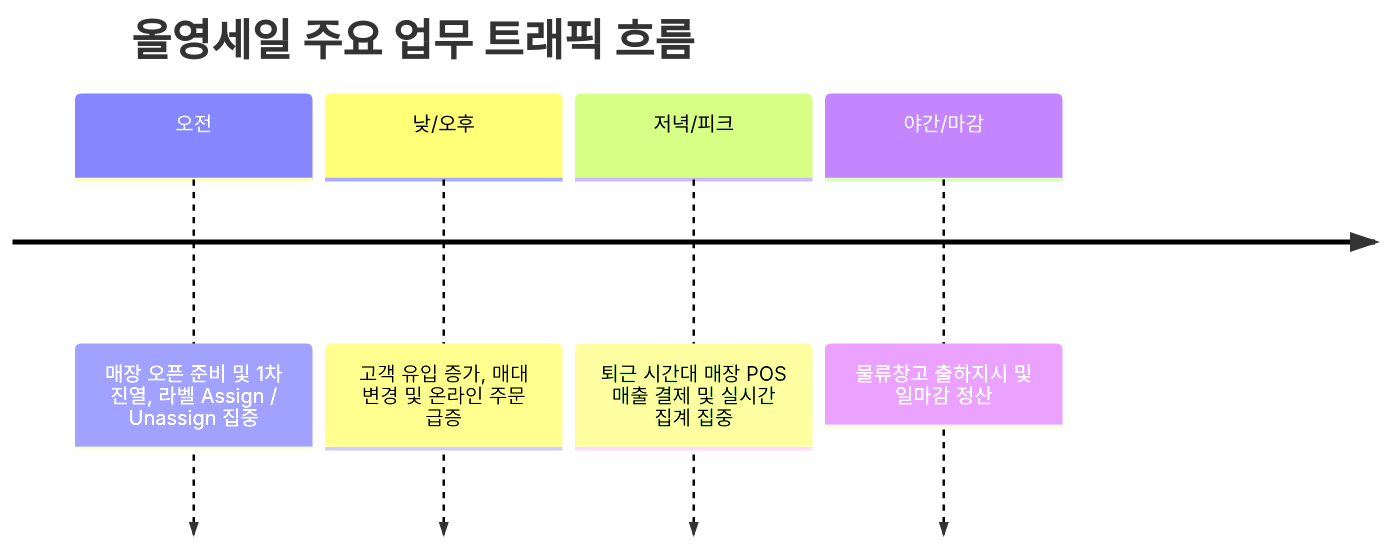
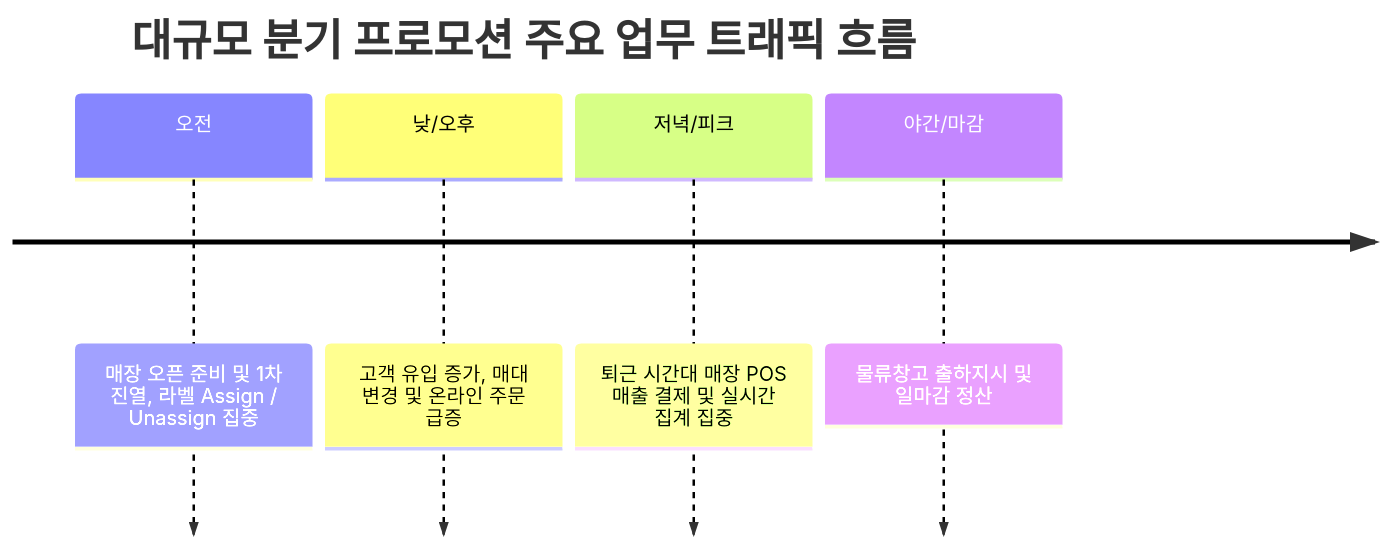
Before and after one commit to djpibo/djpibo.github.io: the second of 5 diagrams in docs/case/2026-1Q/oy-sale-stat-hourly-cpu-sql.md, drawn with Mermaid. The commit also changed other lines of this file and 4 other files, not shown here.

````diff
--- a/docs/case/2026-1Q/oy-sale-stat-hourly-cpu-sql.md
+++ b/docs/case/2026-1Q/oy-sale-stat-hourly-cpu-sql.md
@@ -65,8 +65,8 @@
 ```mermaid
 timeline
-    title 올영세일 주요 업무 트래픽 흐름
+    title 대규모 분기 프로모션 주요 업무 트래픽 흐름
     오전 : 매장 오픈 준비 및 1차 진열, 라벨 Assign / Unassign 집중
     낮/오후 : 고객 유입 증가, 매대 변경 및 온라인 주문 급증
     저녁/피크 : 퇴근 시간대 매장 POS 매출 결제 및 실시간 집계 집중
     야간/마감 : 물류창고 출하지시 및 일마감 정산
 ```
````
